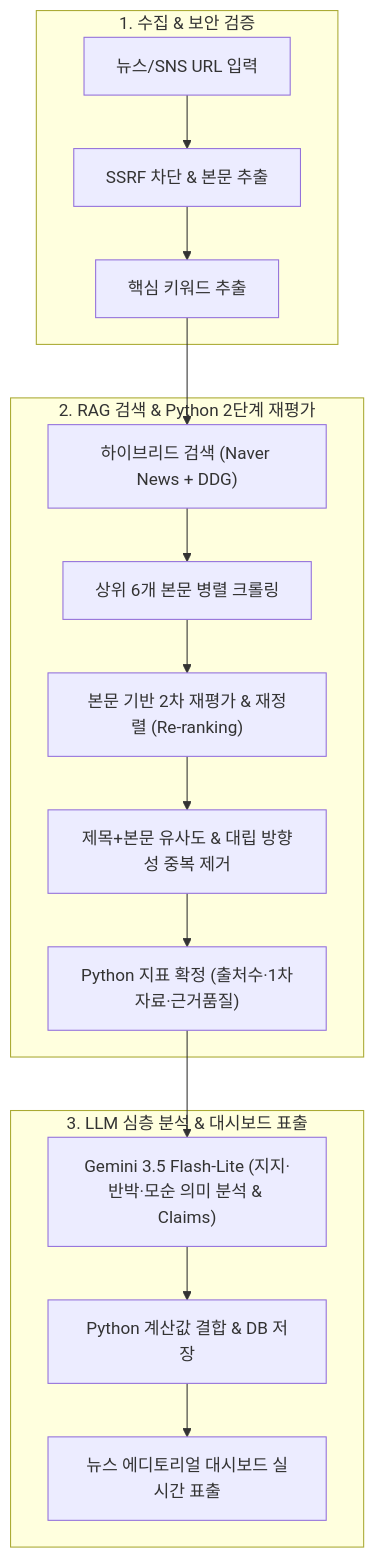
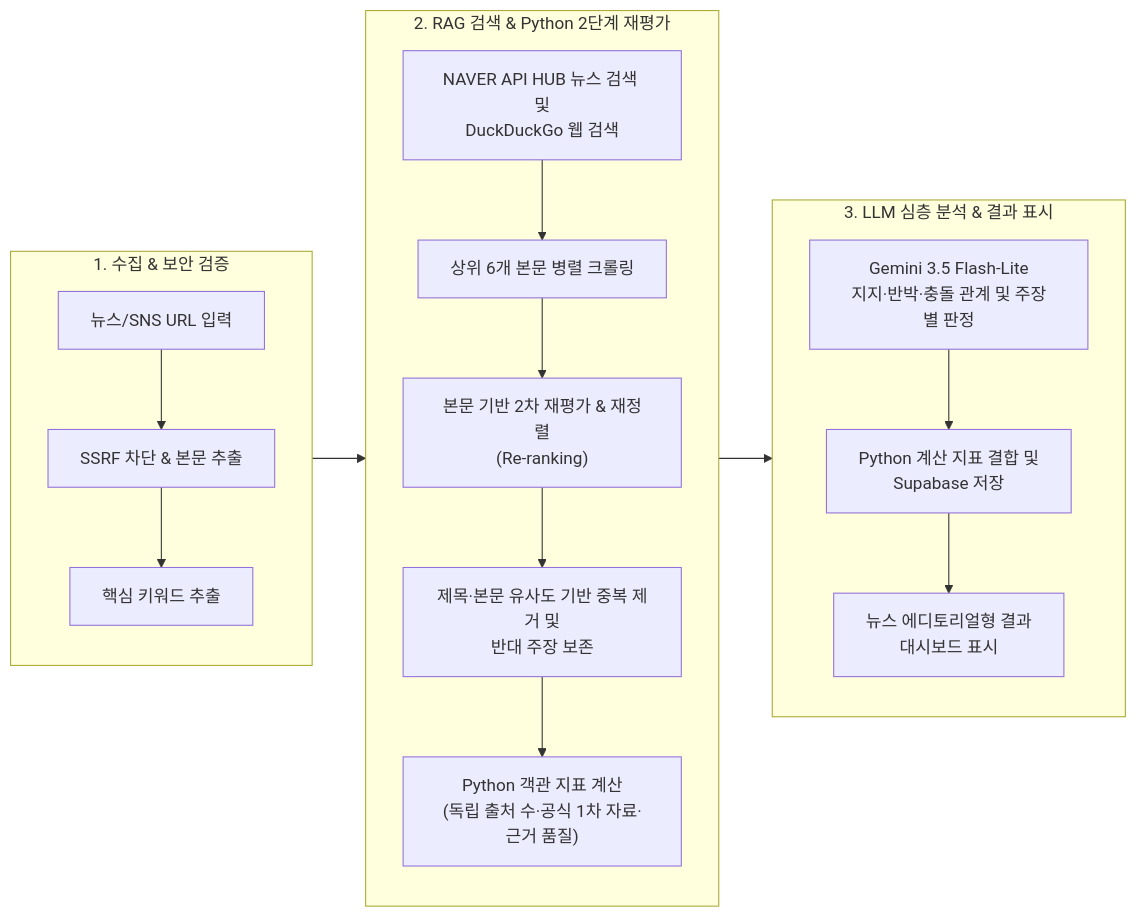
Before and after one commit to woosh0901-sys/fakenews: the diagram in README.md, drawn with Mermaid.

Commit message:
docs: update architecture pipeline diagram

````diff
--- a/README.md
+++ b/README.md
@@ -37,21 +37,24 @@
 ```mermaid
-flowchart TD
+flowchart LR
     subgraph Stage1["1. 수집 & 보안 검증"]
+        direction TB
         A["뉴스/SNS URL 입력"] --> B["SSRF 차단 & 본문 추출"]
         B --> C["핵심 키워드 추출"]
     end
 
     subgraph Stage2["2. RAG 검색 & Python 2단계 재평가"]
-        C --> D["하이브리드 검색 (Naver News + DDG)"]
-        D --> E["상위 6개 본문 병렬 크롤링"]
-        E --> F["본문 기반 2차 재평가 & 재정렬 (Re-ranking)"]
-        F --> G["제목+본문 유사도 & 대립 방향성 중복 제거"]
-        G --> H["Python 지표 확정 (출처수·1차자료·근거품질)"]
+        direction TB
+        D["NAVER API HUB 뉴스 검색 및<br/>DuckDuckGo 웹 검색"] --> E["상위 6개 본문 병렬 크롤링"]
+        E --> F["본문 기반 2차 재평가 & 재정렬<br/>(Re-ranking)"]
+        F --> G["제목·본문 유사도 기반 중복 제거 및<br/>반대 주장 보존"]
+        G --> H["Python 객관 지표 계산<br/>(독립 출처 수·공식 1차 자료·근거 품질)"]
     end
 
-    subgraph Stage3["3. LLM 심층 분석 & 대시보드 표출"]
-        H --> I["Gemini 3.5 Flash-Lite (지지·반박·모순 의미 분석 & Claims)"]
-        I --> J["Python 계산값 결합 & DB 저장"]
-        J --> K["뉴스 에디토리얼 대시보드 실시간 표출"]
+    subgraph Stage3["3. LLM 심층 분석 & 결과 표시"]
+        direction TB
+        I["Gemini 3.5 Flash-Lite<br/>지지·반박·충돌 관계 및 주장별 판정"] --> J["Python 계산 지표 결합 및<br/>Supabase 저장"]
+        J --> K["뉴스 에디토리얼형 결과<br/>대시보드 표시"]
     end
+
+    Stage1 --> Stage2 --> Stage3
 ```
````
